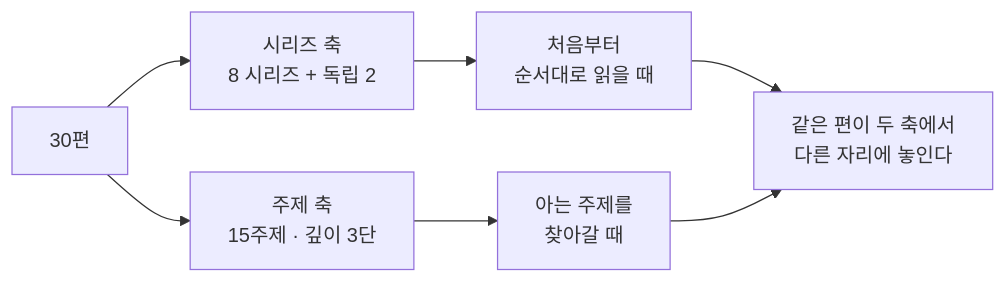
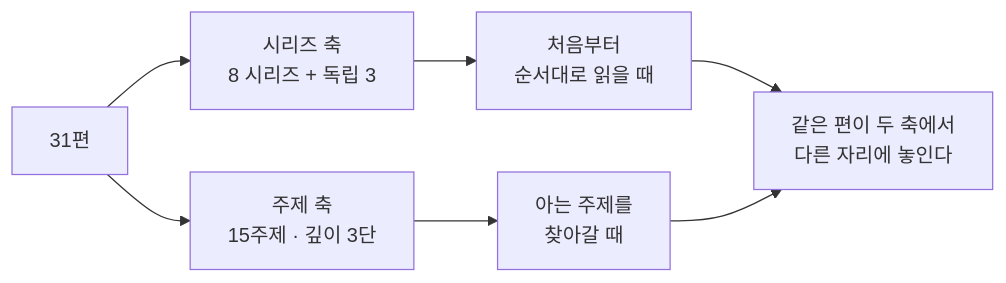
Before and after one commit to withwooyong/withwooyong.github.io: the first of 2 diagrams in content/blog/agentic-coding/topic-map-reading-paths.md, drawn with Mermaid. The commit also changed other lines of this file and 7 other files, not shown here.

````diff
--- a/content/blog/agentic-coding/topic-map-reading-paths.md
+++ b/content/blog/agentic-coding/topic-map-reading-paths.md
@@ -22,9 +22,9 @@
 ```mermaid
 flowchart LR
-    A["30편"] --> B["시리즈 축<br/>8 시리즈 + 독립 2"]
+    A["31편"] --> B["시리즈 축<br/>8 시리즈 + 독립 3"]
     A --> C["주제 축<br/>15주제 · 깊이 3단"]
     B --> B1["처음부터<br/>순서대로 읽을 때"]
     C --> C1["아는 주제를<br/>찾아갈 때"]
     B1 --> D["같은 편이 두 축에서<br/>다른 자리에 놓인다"]
     C1 --> D
 ```
````
